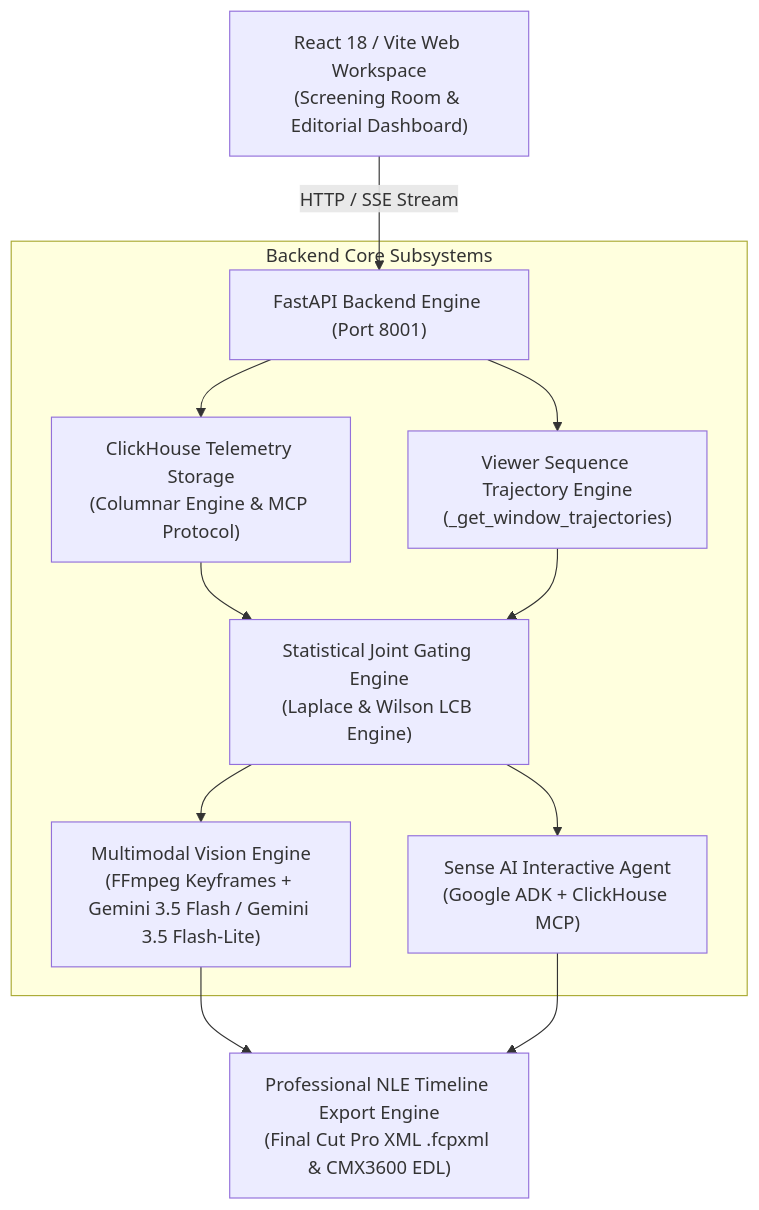
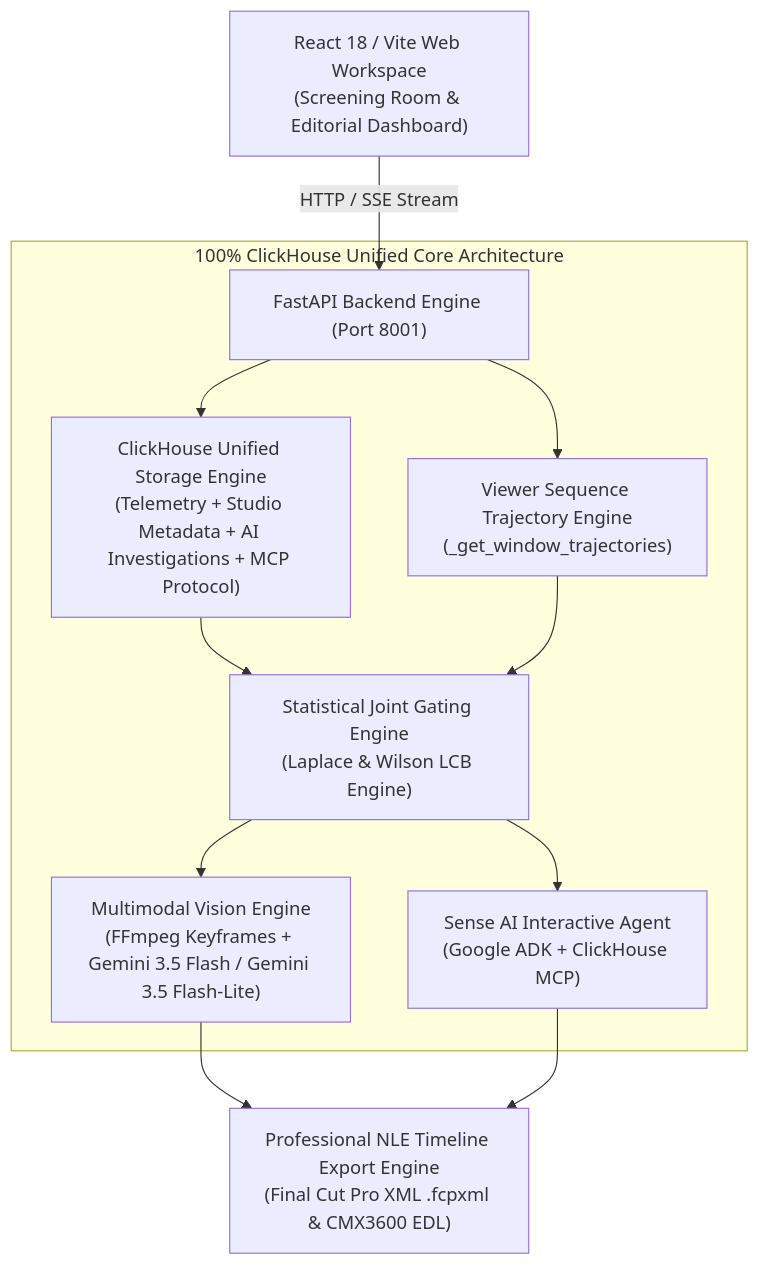
The diagram in README.md (Supan-Roy/Frame-Sense), drawn with Mermaid before and after one commit. The commit also changed 5 other files, not shown here.

Commit message:
refactor(database): migrate 100% of studio metadata to ClickHouse, eliminating SQLite and dual storage risks

````diff
--- a/README.md
+++ b/README.md
@@ -29,16 +29,16 @@
 ```mermaid
 graph TD
     UI["React 18 / Vite Web Workspace<br/>(Screening Room & Editorial Dashboard)"] -->|HTTP / SSE Stream| API["FastAPI Backend Engine (Port 8001)"]
 
-    subgraph Core ["Backend Core Subsystems"]
-        API --> CH["ClickHouse Telemetry Storage<br/>(Columnar Engine & MCP Protocol)"]
+    subgraph Core ["100% ClickHouse Unified Core Architecture"]
+        API --> CH["ClickHouse Unified Storage Engine<br/>(Telemetry + Studio Metadata + AI Investigations + MCP Protocol)"]
         API --> TRAJ["Viewer Sequence Trajectory Engine<br/>(_get_window_trajectories)"]
         CH --> GATE["Statistical Joint Gating Engine<br/>(Laplace & Wilson LCB Engine)"]
         TRAJ --> GATE
         GATE --> VIS["Multimodal Vision Engine<br/>(FFmpeg Keyframes + Gemini 3.5 Flash / Gemini 3.5 Flash-Lite)"]
         GATE --> CHAT["Sense AI Interactive Agent<br/>(Google ADK + ClickHouse MCP)"]
     end
 
     VIS --> NLE["Professional NLE Timeline Export Engine<br/>(Final Cut Pro XML .fcpxml & CMX3600 EDL)"]
     CHAT --> NLE
 ```
````
